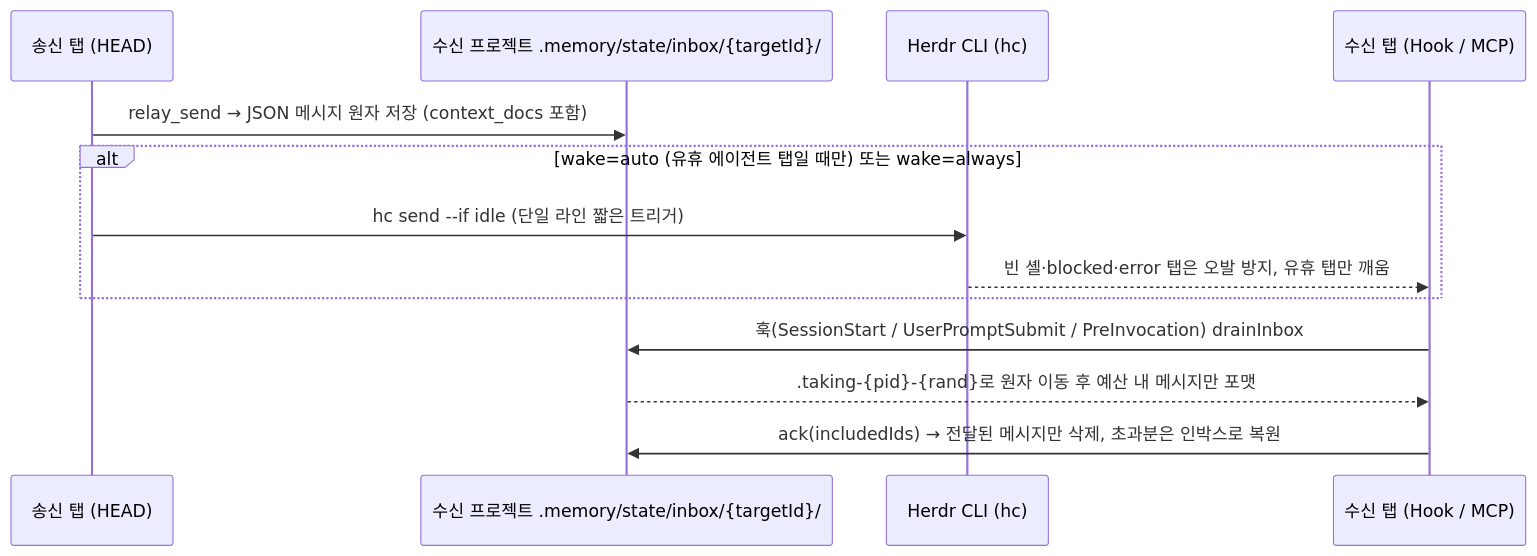
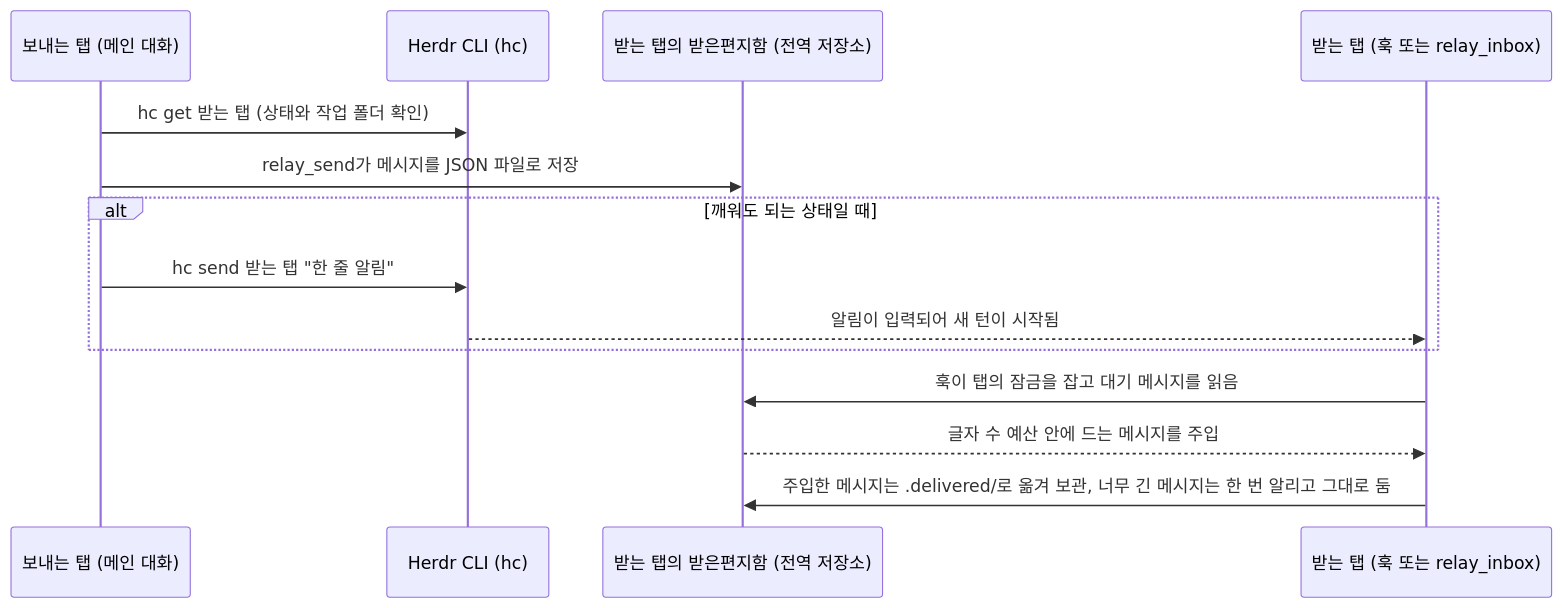
The diagram in src/relay/README.md (ggumtakg/herdr-cortex), drawn with Mermaid before and after one commit. The commit also changed other lines of this file and 13 other files, not shown here.

````diff
--- a/src/relay/README.md
+++ b/src/relay/README.md
@@ -21,16 +28,17 @@
 ```mermaid
 sequenceDiagram
-    participant A as 송신 탭 (HEAD)
-    participant IB as 수신 프로젝트 .memory/state/inbox/{targetId}/
+    participant A as 보내는 탭 (메인 대화)
     participant HC as Herdr CLI (hc)
-    participant B as 수신 탭 (Hook / MCP)
+    participant IB as 받는 탭의 받은편지함 (전역 저장소)
+    participant B as 받는 탭 (훅 또는 relay_inbox)
 
-    A->>IB: relay_send → JSON 메시지 원자 저장 (context_docs 포함)
-    alt wake=auto (유휴 에이전트 탭일 때만) 또는 wake=always
-        A->>HC: hc send --if idle (단일 라인 짧은 트리거)
-        HC-->>B: 빈 셸·blocked·error 탭은 오발 방지, 유휴 탭만 깨움
+    A->>HC: hc get 받는 탭 (상태와 작업 폴더 확인)
+    A->>IB: relay_send가 메시지를 JSON 파일로 저장
+    alt 깨워도 되는 상태일 때
+        A->>HC: hc send 받는 탭 "한 줄 알림"
+        HC-->>B: 알림이 입력되어 새 턴이 시작됨
     end
-    B->>IB: 훅(SessionStart / UserPromptSubmit / PreInvocation) drainInbox
-    IB-->>B: .taking-{pid}-{rand}로 원자 이동 후 예산 내 메시지만 포맷
-    B->>IB: ack(includedIds) → 전달된 메시지만 삭제, 초과분은 인박스로 복원
+    B->>IB: 훅이 탭의 잠금을 잡고 대기 메시지를 읽음
+    IB-->>B: 글자 수 예산 안에 드는 메시지를 주입
+    B->>IB: 주입한 메시지는 .delivered/로 옮겨 보관, 너무 긴 메시지는 한 번 알리고 그대로 둠
 ```
````
